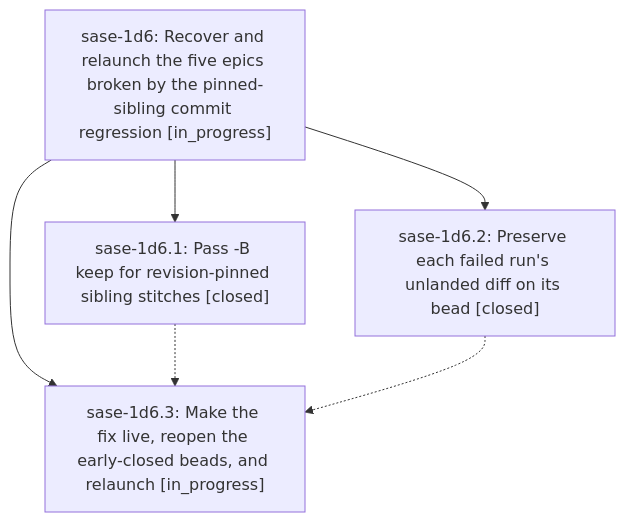
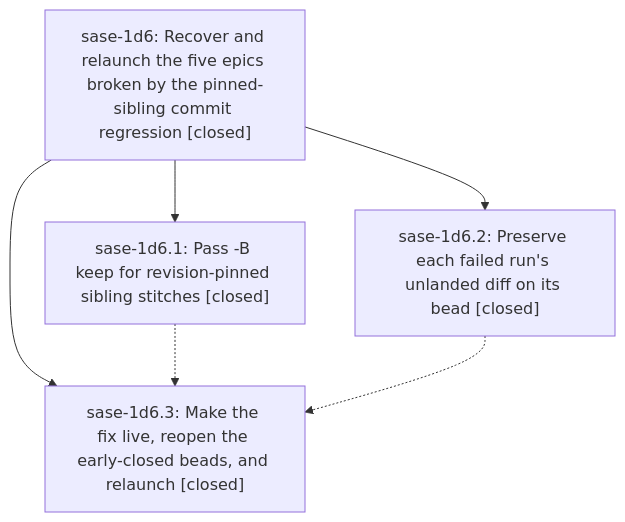
The diagram in pages/sase-1d6/README.md (sase-org/sase--beads), drawn with Mermaid before and after one commit. The commit also changed other lines of this file and 3 other files, not shown here.

First line of the commit message:
chore(beads): sync bead state and pages for sase-1d6

````diff
--- a/pages/sase-1d6/README.md
+++ b/pages/sase-1d6/README.md
@@ -24,12 +40,12 @@
 ```mermaid
 flowchart TD
-    n0["sase-1d6: Recover and relaunch the five epics broken by the pinned-sibling commit regression [in_progress]"]
+    n0["sase-1d6: Recover and relaunch the five epics broken by the pinned-sibling commit regression [closed]"]
     n1["sase-1d6.1: Pass -B keep for revision-pinned sibling stitches [closed]"]
     n2["sase-1d6.2: Preserve each failed run's unlanded diff on its bead [closed]"]
-    n3["sase-1d6.3: Make the fix live, reopen the early-closed beads, and relaunch [in_progress]"]
+    n3["sase-1d6.3: Make the fix live, reopen the early-closed beads, and relaunch [closed]"]
     n0 --> n1
     n0 --> n2
     n0 --> n3
     n1 -.-> n3
     n2 -.-> n3
 ```
````
